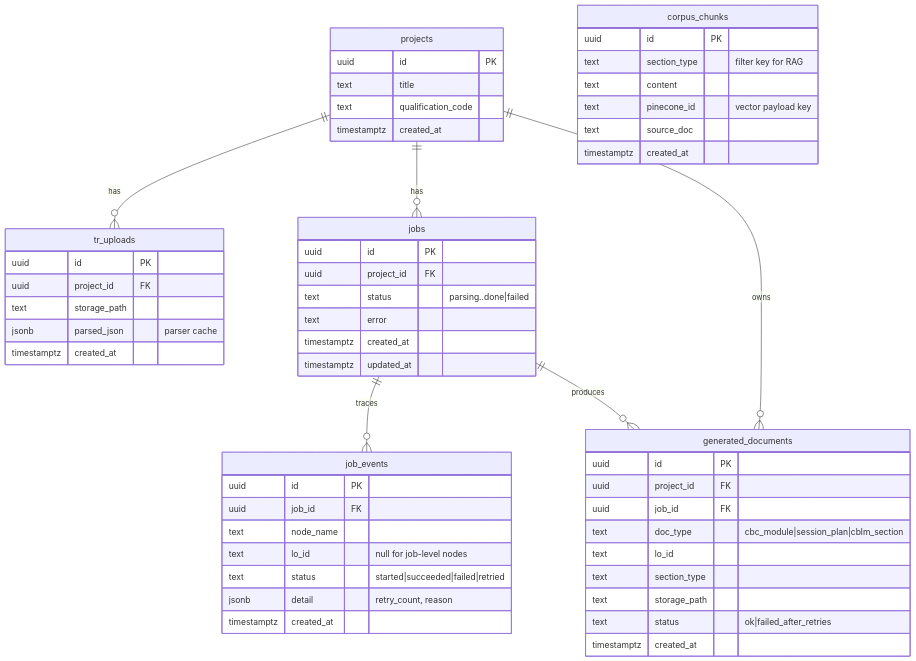
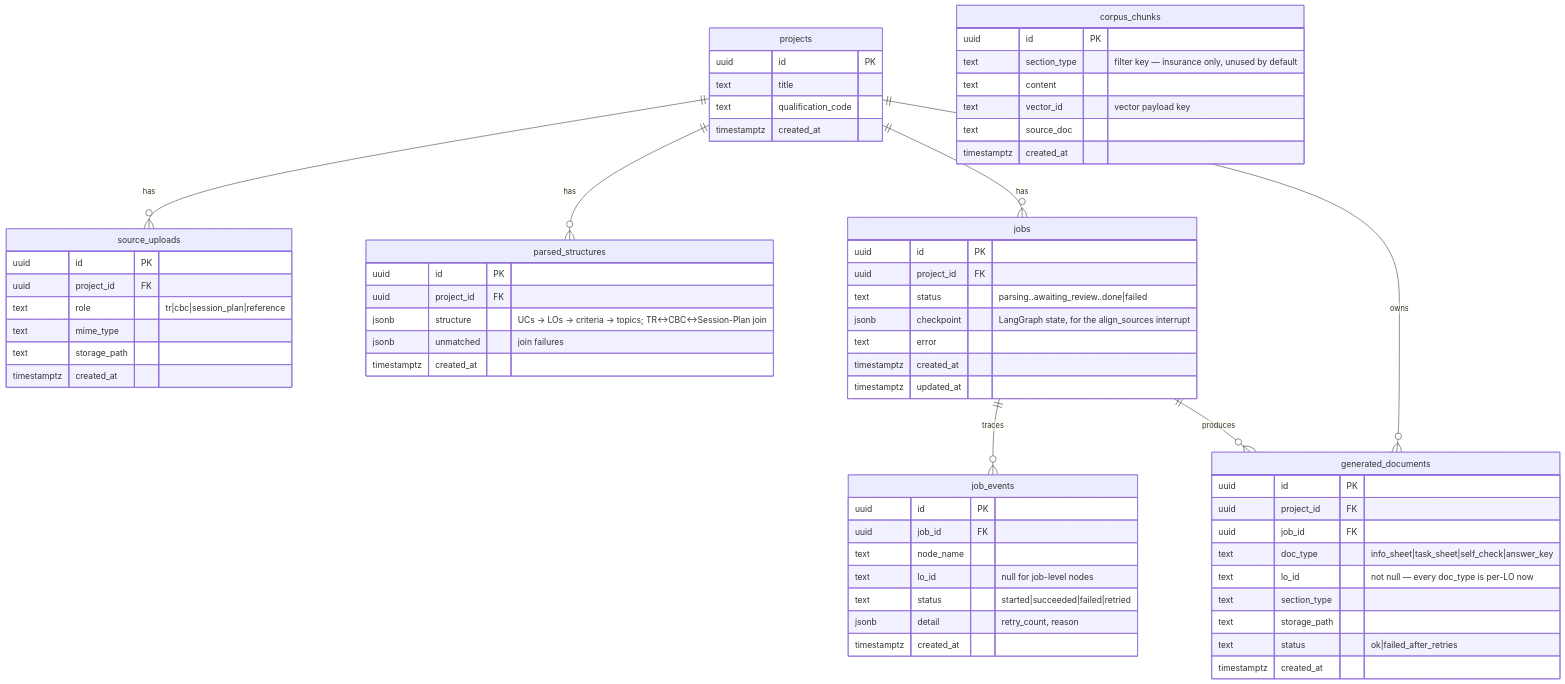
One commit to shuakyle21/tesda-cbc-agent changed the third of 9 diagrams in docs/specs/TECHNICAL_DIAGRAMS.md. Above: the diagram before and after it, drawn with Mermaid. The commit also changed other lines of this file and 5 other files, not shown here.

First line of the commit message:
Cascade the CBLM-only reversal into the remaining spec docs (part 1)

````diff
--- a/docs/specs/TECHNICAL_DIAGRAMS.md
+++ b/docs/specs/TECHNICAL_DIAGRAMS.md
@@ -155,63 +181,74 @@
 ```mermaid
 erDiagram
-    projects ||--o{ tr_uploads : "has"
+    projects ||--o{ source_uploads : "has"
+    projects ||--o{ parsed_structures : "has"
     projects ||--o{ jobs : "has"
     projects ||--o{ generated_documents : "owns"
     jobs ||--o{ job_events : "traces"
     jobs ||--o{ generated_documents : "produces"
 
     projects {
         uuid id PK
         text title
         text qualification_code
         timestamptz created_at
     }
 
-    tr_uploads {
+    source_uploads {
         uuid id PK
         uuid project_id FK
+        text role "tr|cbc|session_plan|reference"
+        text mime_type
         text storage_path
-        jsonb parsed_json "parser cache"
+        timestamptz created_at
+    }
+
+    parsed_structures {
+        uuid id PK
+        uuid project_id FK
+        jsonb structure "UCs -> LOs -> criteria -> topics; TR<->CBC<->Session-Plan join"
+        jsonb unmatched "join failures"
         timestamptz created_at
     }
 
     jobs {
         uuid id PK
         uuid project_id FK
-        text status "parsing..done|failed"
+        text status "parsing..awaiting_review..done|failed"
+        jsonb checkpoint "LangGraph state, for the align_sources interrupt"
         text error
         timestamptz created_at
         timestamptz updated_at
     }
 
     job_events {
         uuid id PK
         uuid job_id FK
         text node_name
         text lo_id "null for job-level nodes"
         text status "started|succeeded|failed|retried"
         jsonb detail "retry_count, reason"
         timestamptz created_at
     }
 
     generated_documents {
         uuid id PK
         uuid project_id FK
         uuid job_id FK
-        text doc_type "cbc_module|session_plan|cblm_section"
-        text lo_id
+        text doc_type "info_sheet|task_sheet|self_check|answer_key"
+        text lo_id "not null — every doc_type is per-LO now"
         text section_type
         text storage_path
         text status "ok|failed_after_retries"
         timestamptz created_at
     }
 
     corpus_chunks {
         uuid id PK
-        text section_type "filter key for RAG"
+        text section_type "filter key — insurance only, unused by default"
         text content
-        text pinecone_id "vector payload key"
+        text vector_id "vector payload key"
         text source_doc
         timestamptz created_at
     }
 ```
````
